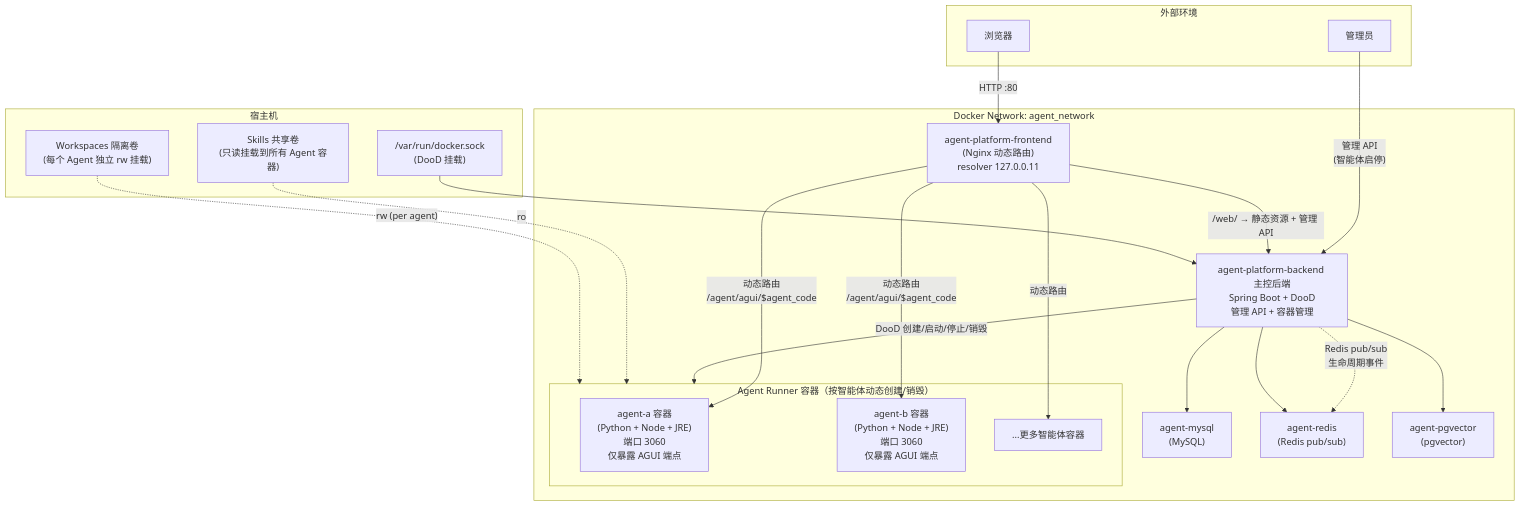
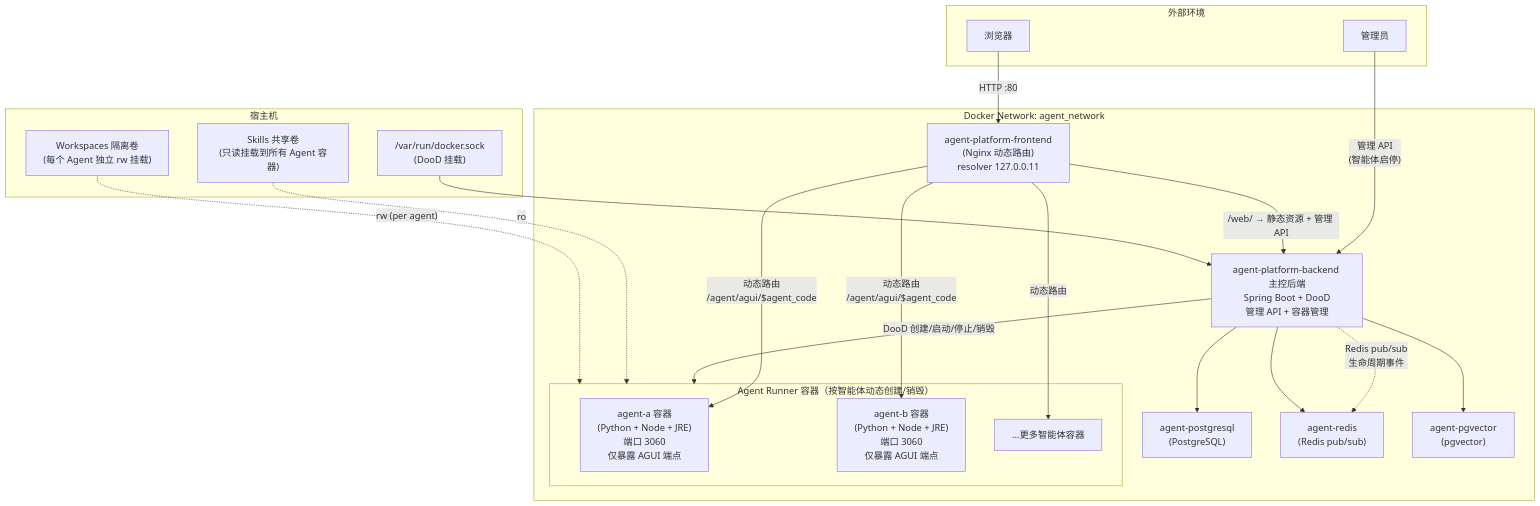
One commit to frankrich92/agent-platform changed the fifth of 5 diagrams in source/agent-platform-ui/src/doc/content/build-doc/index.md. Above: the diagram before and after it, drawn with Mermaid. The commit also changed other lines of this file and 22 other files, not shown here.

Commit message:
refactor: switch persistence to PostgreSQL

````diff
--- a/source/agent-platform-ui/src/doc/content/build-doc/index.md
+++ b/source/agent-platform-ui/src/doc/content/build-doc/index.md
@@ -453,46 +454,46 @@
 ```mermaid
 graph TD
     subgraph External["外部环境"]
         Browser["浏览器"]
         Admin["管理员"]
     end
 
     subgraph DockerNetwork["Docker Network: agent_network"]
         Nginx["agent-platform-frontend\n(Nginx 动态路由)\nresolver 127.0.0.11"]
 
         Backend["agent-platform-backend 主控后端\nSpring Boot + DooD\n管理 API + 容器管理"]
 
-        MySQL["agent-mysql\n(MySQL)"]
+        PostgreSQL["agent-postgresql\n(PostgreSQL)"]
         Redis["agent-redis\n(Redis pub/sub)"]
         Pgvector["agent-pgvector\n(pgvector)"]
 
         subgraph AgentContainers["Agent Runner 容器（按智能体动态创建/销毁）"]
             AgentA["agent-a 容器\n(Python + Node + JRE)\n端口 3060\n仅暴露 AGUI 端点"]
             AgentB["agent-b 容器\n(Python + Node + JRE)\n端口 3060\n仅暴露 AGUI 端点"]
             AgentC["...更多智能体容器"]
         end
     end
 
     subgraph Host["宿主机"]
         DockerSocket["/var/run/docker.sock\n(DooD 挂载)"]
         SkillsVol["Skills 共享卷\n(只读挂载到所有 Agent 容器)"]
         WorkspacesVol["Workspaces 隔离卷\n(每个 Agent 独立 rw 挂载)"]
     end
 
     Admin -->|"管理 API\n(智能体启停)"| Backend
     Browser -->|"HTTP :80"| Nginx
     Nginx -->|"/web/ → 静态资源 + 管理 API"| Backend
     Nginx -->|"动态路由\n/agent/agui/$agent_code"| AgentA
     Nginx -->|"动态路由\n/agent/agui/$agent_code"| AgentB
     Nginx -->|"动态路由"| AgentC
 
     Backend -->|"DooD 创建/启动/停止/销毁"| AgentContainers
     Backend -.->|"Redis pub/sub\n生命周期事件"| Redis
-    Backend --> MySQL
+    Backend --> PostgreSQL
     Backend --> Redis
     Backend --> Pgvector
 
     DockerSocket --> Backend
     SkillsVol -.->|"ro"| AgentContainers
     WorkspacesVol -.->|"rw (per agent)"| AgentContainers
 ```
````
